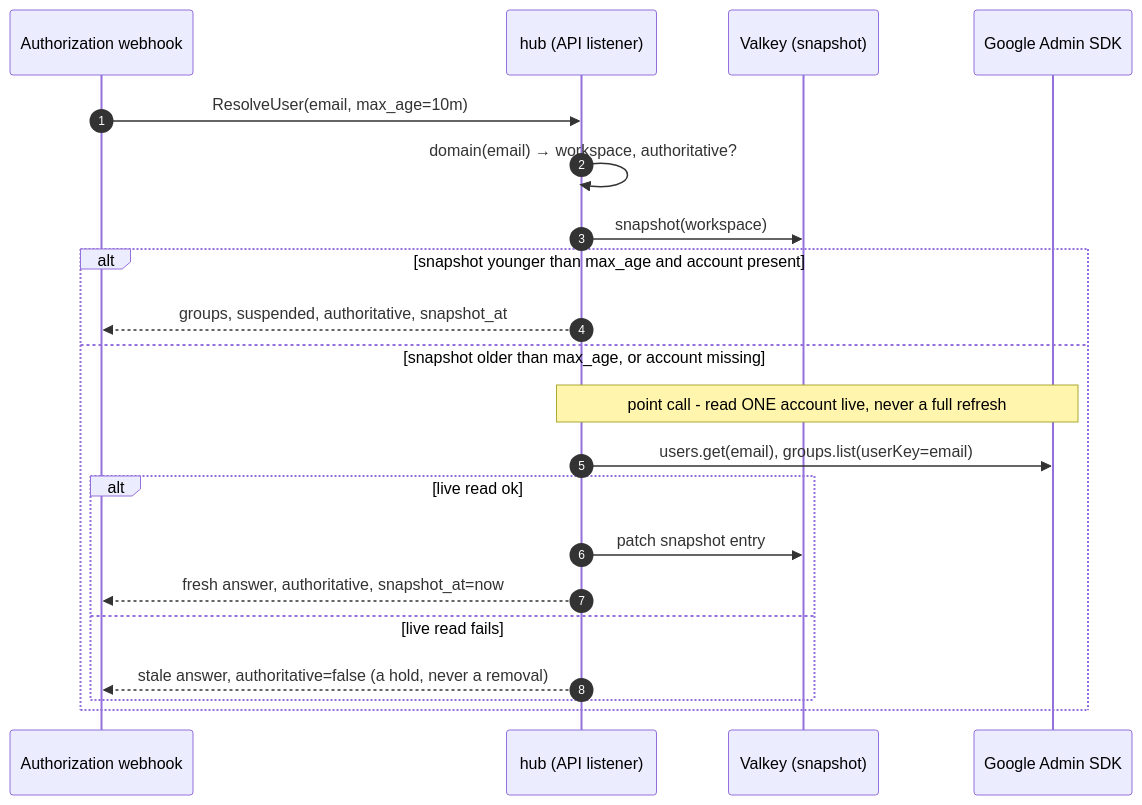
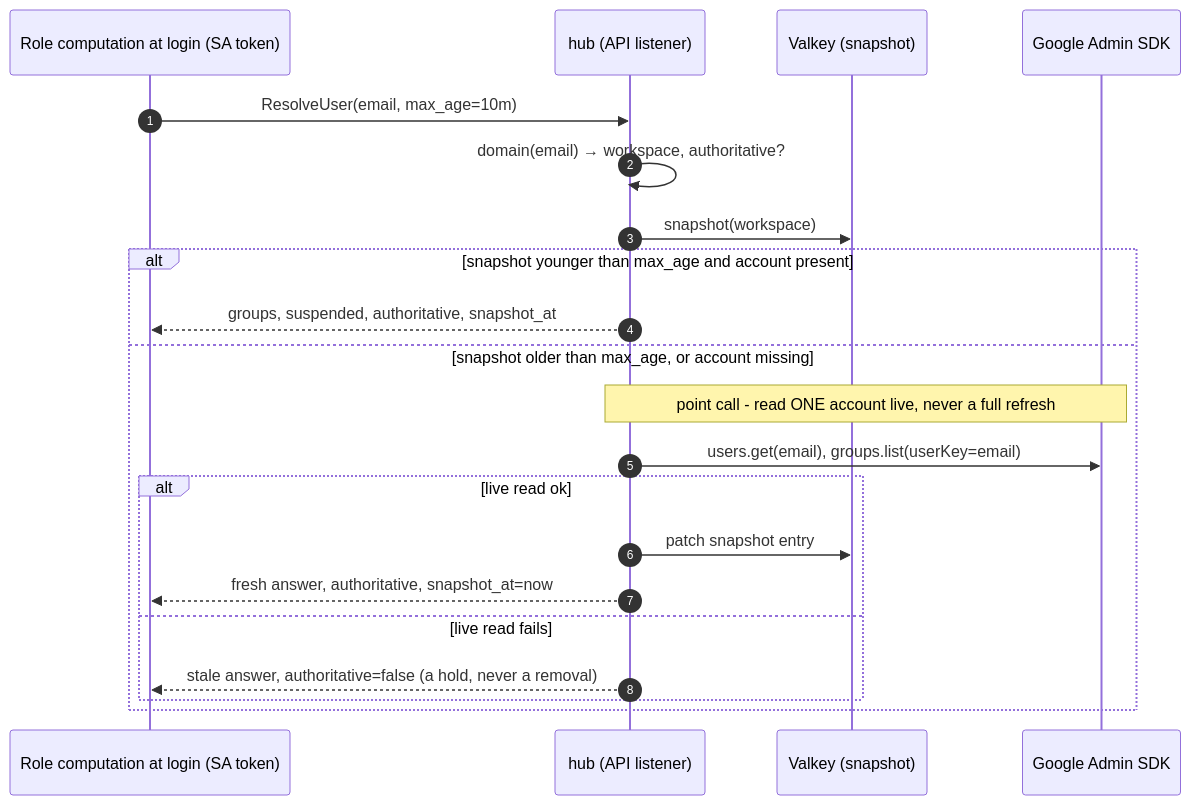
The fifth of 6 diagrams in docs/architecture/hub.md (truvity/access-roster), drawn with Mermaid before and after one commit. The commit also changed other lines of this file and 9 other files, not shown here.

First line of the commit message:
docs: align the hub architecture and contract comments with the access model

````diff
--- a/docs/architecture/hub.md
+++ b/docs/architecture/hub.md
@@ -159,24 +172,24 @@
 ```mermaid
 sequenceDiagram
   autonumber
-  participant W as Authorization webhook
+  participant W as Role computation at login (SA token)
   participant Hub as hub (API listener)
   participant V as Valkey (snapshot)
   participant G as Google Admin SDK
 
   W->>Hub: ResolveUser(email, max_age=10m)
   Hub->>Hub: domain(email) → workspace, authoritative?
   Hub->>V: snapshot(workspace)
   alt snapshot younger than max_age and account present
     Hub-->>W: groups, suspended, authoritative, snapshot_at
   else snapshot older than max_age, or account missing
     Note over Hub,G: point call - read ONE account live, never a full refresh
     Hub->>G: users.get(email), groups.list(userKey=email)
     alt live read ok
       Hub->>V: patch snapshot entry
       Hub-->>W: fresh answer, authoritative, snapshot_at=now
     else live read fails
       Hub-->>W: stale answer, authoritative=false (a hold, never a removal)
     end
   end
 ```
````
